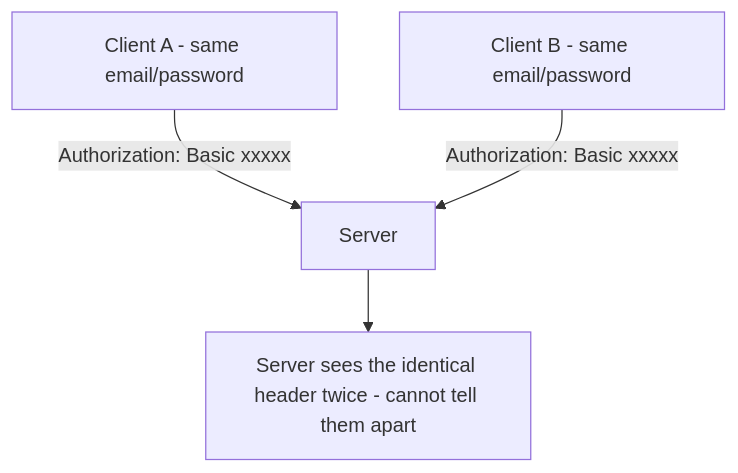
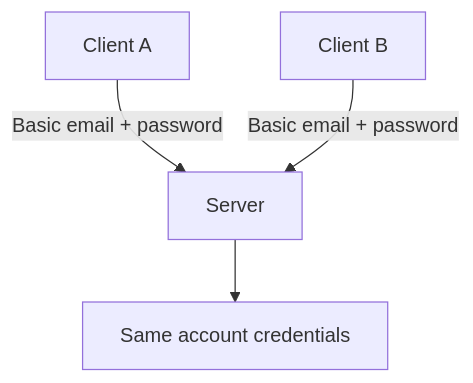
The eighth of 9 diagrams in src/main/java/com/elanrif/springbootstarterkit/controller/auth/HttpRequest.md (Elanrif/springboot-starter-kit), drawn with Mermaid before and after one commit. The commit also changed other lines of this file and 2 other files, not shown here.

Commit message:
feat: a basic auth example impl

````diff
--- a/src/main/java/com/elanrif/springbootstarterkit/controller/auth/HttpRequest.md
+++ b/src/main/java/com/elanrif/springbootstarterkit/controller/auth/HttpRequest.md
@@ -174,6 +479,6 @@
 ```mermaid
 flowchart TD
-  A[Client A - same email/password] -->|Authorization: Basic xxxxx| S[Server]
-  B[Client B - same email/password] -->|Authorization: Basic xxxxx| S
-  S --> R[Server sees the identical header twice - cannot tell them apart]
+  A[Client A] -->|"Basic email + password"| S[Server]
+  B[Client B] -->|"Basic email + password"| S
+  S --> R[Same account credentials]
 ```
````
